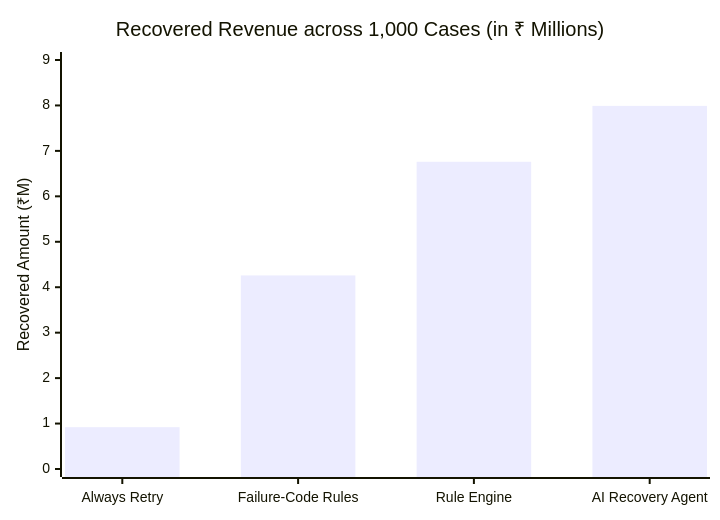
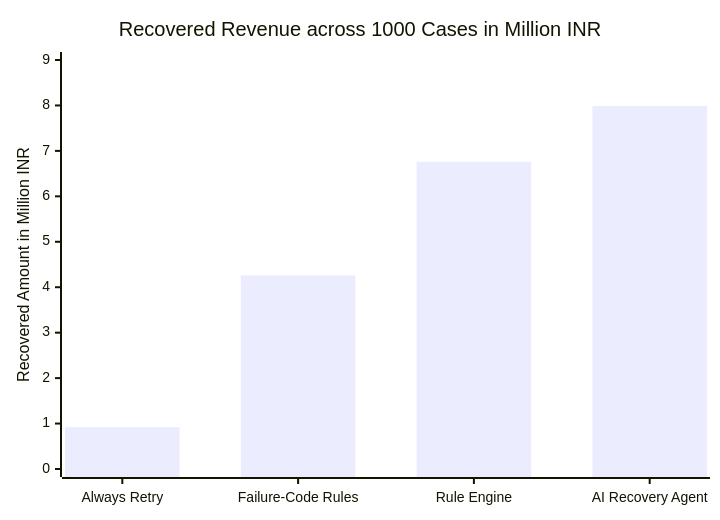
The second of 3 diagrams in docs/EVALUATION.md (TwilightDawn7/AI-Revenue-Recovery-Agent), drawn with Mermaid before and after one commit. The commit also changed 5 other files, not shown here.

Commit message:
fix(docs): resolve Mermaid syntax and parser compatibility issues in architecture and spec diagrams

````diff
--- a/docs/EVALUATION.md
+++ b/docs/EVALUATION.md
@@ -54,7 +54,7 @@
 ```mermaid
 xychart-beta
-    title "Recovered Revenue across 1,000 Cases (in ₹ Millions)"
+    title "Recovered Revenue across 1000 Cases in Million INR"
     x-axis ["Always Retry", "Failure-Code Rules", "Rule Engine", "AI Recovery Agent"]
-    y-axis "Recovered Amount (₹M)" 0 --> 9
+    y-axis "Recovered Amount in Million INR" 0 --> 9
     bar [0.92, 4.26, 6.76, 7.99]
 ```
````
